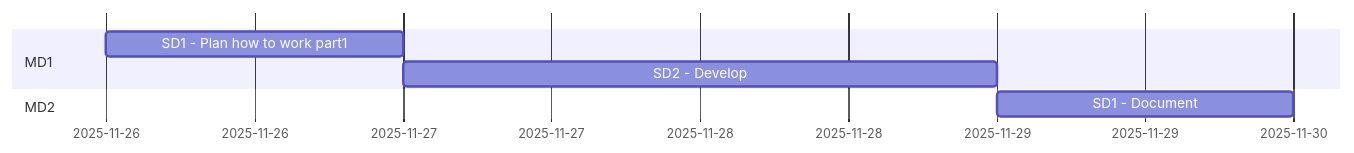
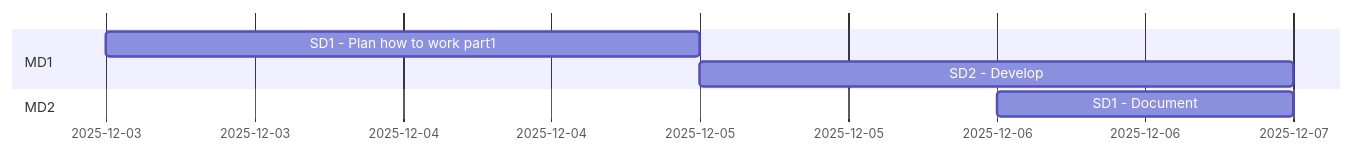
The first of 2 diagrams in DECK.md (hoss-java/convapp-workshop), drawn with Mermaid before and after one commit. The commit also changed other lines of this file, not shown here.

````diff
--- a/DECK.md
+++ b/DECK.md
@@ -20,9 +20,9 @@
 ```mermaid
 gantt
     section MD1
-    SD1 - Plan how to work part1                :md1des1, 2025-11-26,1d
+    SD1 - Plan how to work part1                :md1des1, 2025-12-03,2d
     SD2 - Develop                :md1des2, after md1des1,2d
 
     section MD2
-    SD1 - Document                :md2des1, 2025-11-29,1d
+    SD1 - Document                :md2des1, 2025-12-06,1d
 ```
````
